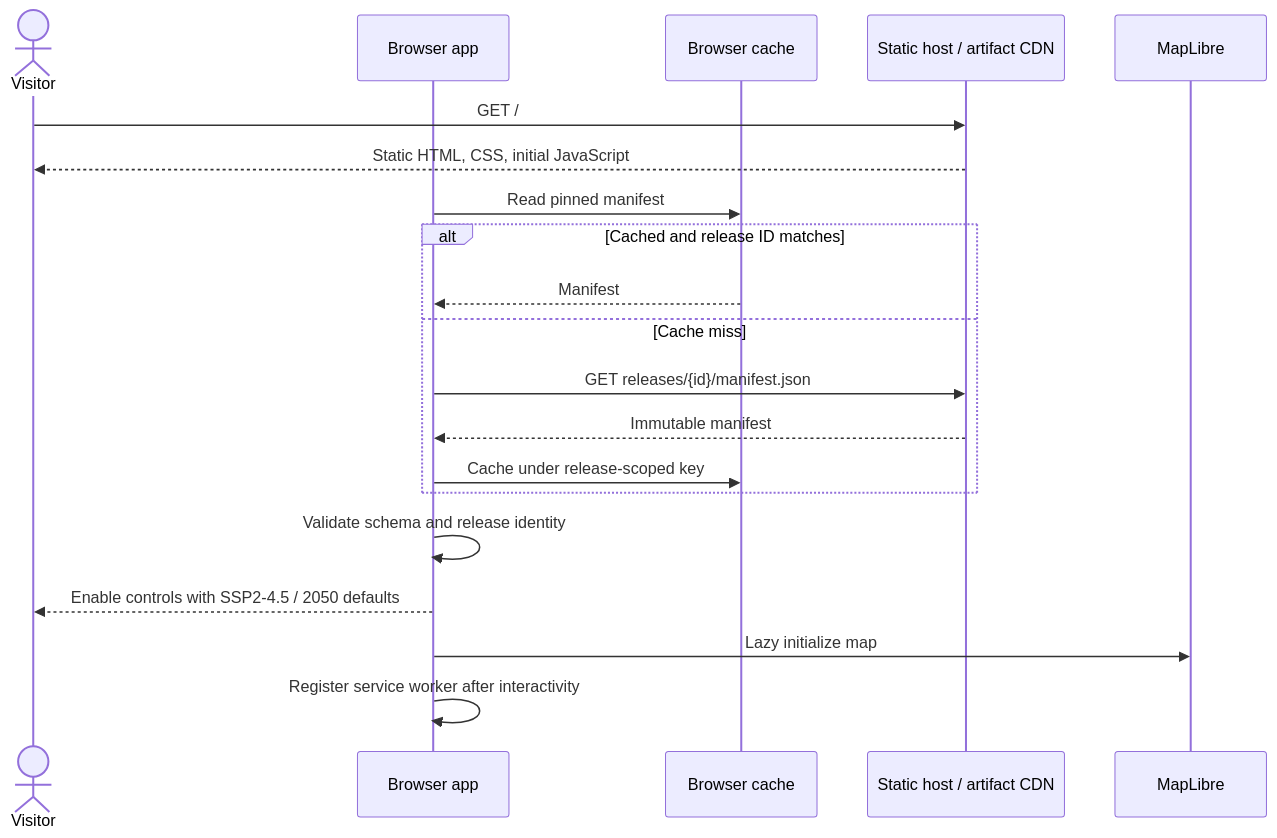
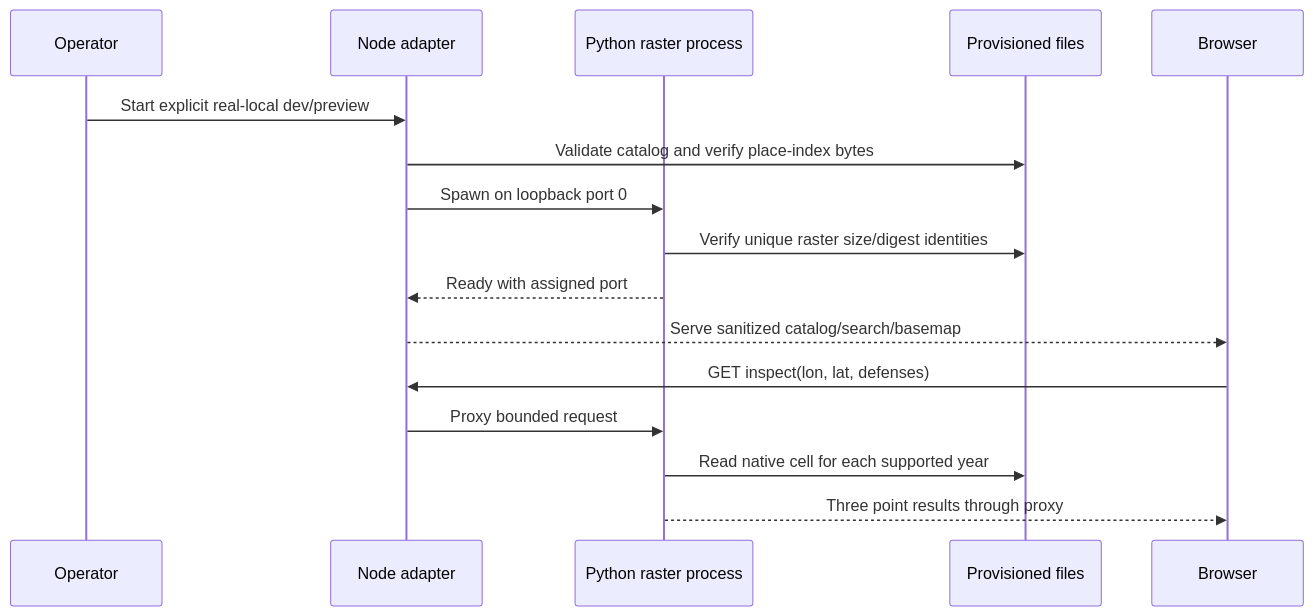
Before and after one commit to artemsemdev/SeaRise-Europe: the second of 3 diagrams in docs/architecture/04-runtime-sequences.md, drawn with Mermaid. The commit also changed other lines of this file and 1 other file, not shown here.

Commit message:
docs(architecture): describe atlas and projection runtime sequences

````diff
--- a/docs/architecture/04-runtime-sequences.md
+++ b/docs/architecture/04-runtime-sequences.md
@@ -12,23 +34,18 @@
 ```mermaid
 sequenceDiagram
-    actor U as Visitor
-    participant B as Browser app
-    participant C as Browser cache
-    participant CDN as Static host / artifact CDN
-    participant M as MapLibre
-
-    U->>CDN: GET /
-    CDN-->>U: Static HTML, CSS, initial JavaScript
-    B->>C: Read pinned manifest
-    alt Cached and release ID matches
-        C-->>B: Manifest
-    else Cache miss
-        B->>CDN: GET releases/{id}/manifest.json
-        CDN-->>B: Immutable manifest
-        B->>C: Cache under release-scoped key
-    end
-    B->>B: Validate schema and release identity
-    B-->>U: Enable controls with SSP2-4.5 / 2050 defaults
-    B->>M: Lazy initialize map
-    B->>B: Register service worker after interactivity
+    participant O as Operator
+    participant N as Node adapter
+    participant P as Python raster process
+    participant F as Provisioned files
+    participant B as Browser
+    O->>N: Start explicit real-local dev/preview
+    N->>F: Validate catalog and verify place-index bytes
+    N->>P: Spawn on loopback port 0
+    P->>F: Verify unique raster size/digest identities
+    P-->>N: Ready with assigned port
+    N-->>B: Serve sanitized catalog/search/basemap
+    B->>N: GET inspect(lon, lat, defenses)
+    N->>P: Proxy bounded request
+    P->>F: Read native cell for each supported year
+    P-->>B: Three point results through proxy
 ```
````
